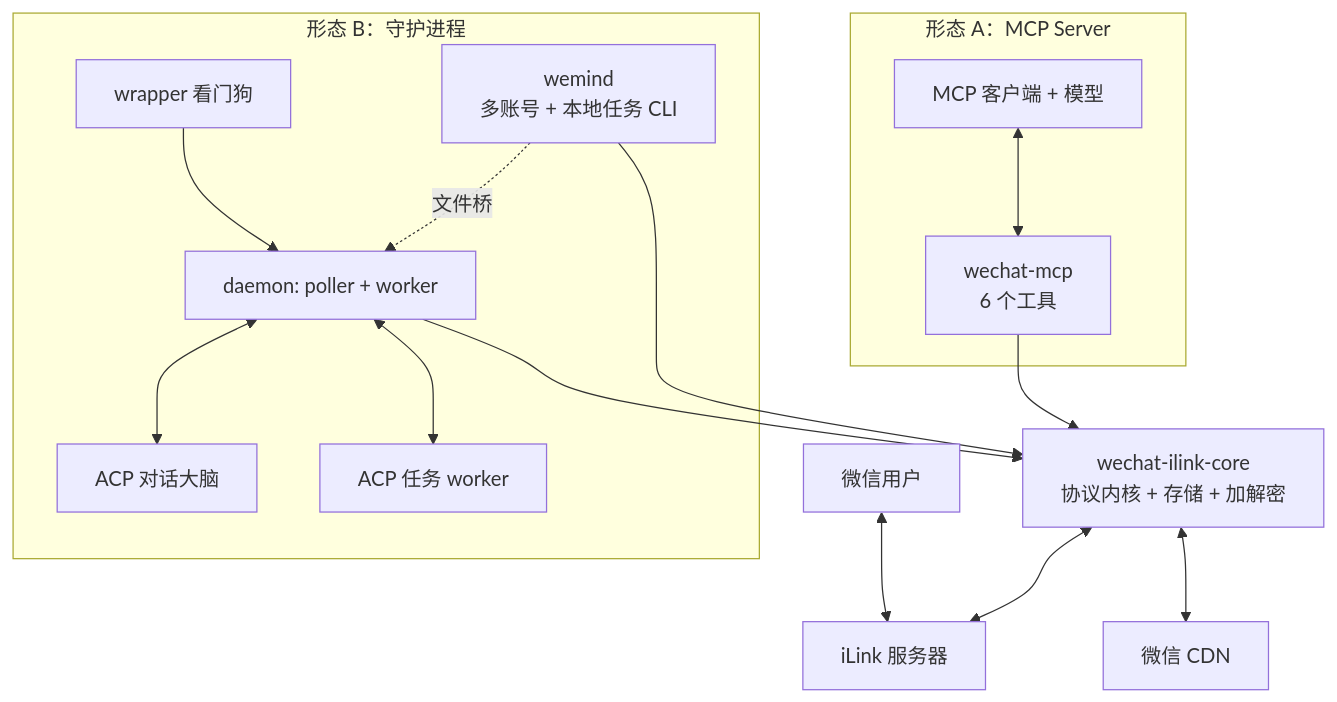
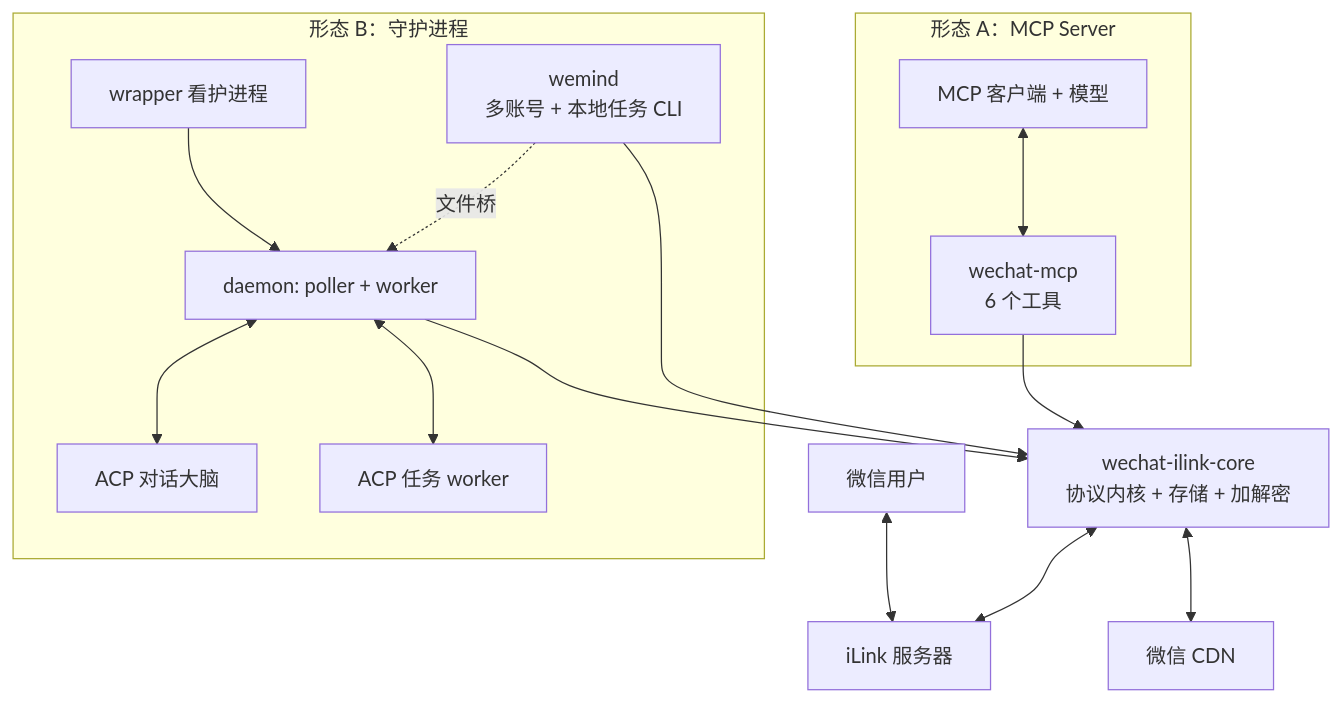
One commit to imwangpan/WeMind changed the sixth of 6 diagrams in docs/repowiki/02-系统架构.md. Above: the diagram before and after it, drawn with Mermaid. The commit also changed other lines of this file and 73 other files, not shown here.

First line of the commit message:
docs+fix: 术语第三轮——预设→agent 名、回执→答复、看门狗→看护进程、落盘→写入磁盘

````diff
--- a/docs/repowiki/02-系统架构.md
+++ b/docs/repowiki/02-系统架构.md
@@ -194,29 +194,29 @@
 ```mermaid
 graph TB
     U["微信用户"] <--> ILINK["iLink 服务器"]
 
     subgraph 形态A["形态 A：MCP Server"]
         MCP["wechat-mcp<br/>6 个工具"]
         CLIENT["MCP 客户端 + 模型"]
         CLIENT <--> MCP
     end
 
     subgraph 形态B["形态 B：守护进程"]
-        WRAP["wrapper 看门狗"]
+        WRAP["wrapper 看护进程"]
         DM["daemon: poller + worker"]
         BR["ACP 对话大脑"]
         WK["ACP 任务 worker"]
         MANAGE["wemind<br/>多账号 + 本地任务 CLI"]
         WRAP --> DM
         DM <--> BR
         DM <--> WK
         MANAGE -.文件桥.-> DM
     end
 
     CORE["wechat-ilink-core<br/>协议内核 + 存储 + 加解密"]
     MCP --> CORE
     DM --> CORE
     MANAGE --> CORE
     CORE <--> ILINK
     CORE <--> CDN["微信 CDN"]
 ```
````
